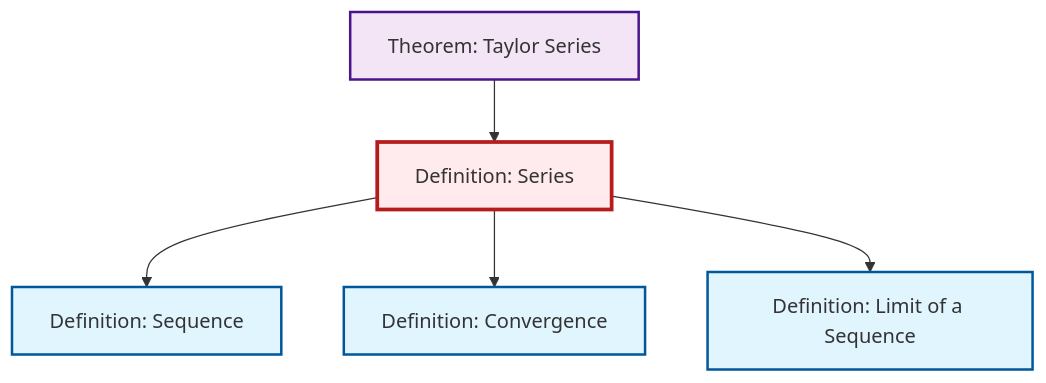
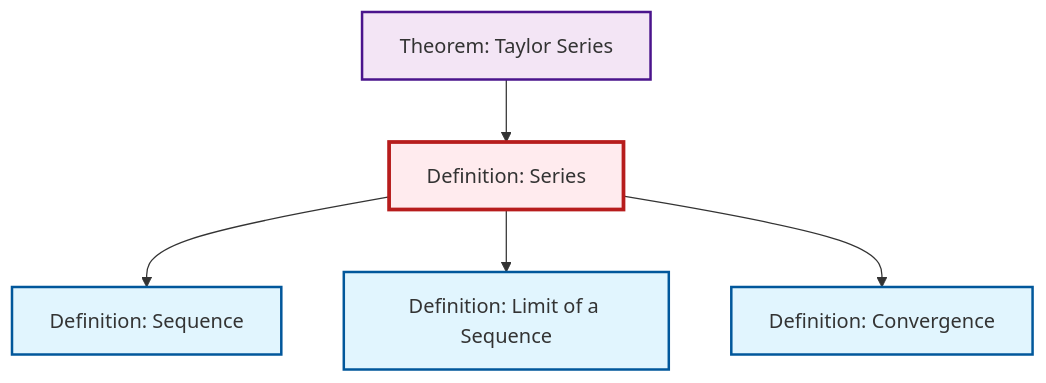
Before and after one commit to RK0429/ModernMath: the diagram in content/ja/analysis/def-series.qmd, drawn with Mermaid. The commit also changed other lines of this file and 634 other files, not shown here.

````diff
--- a/content/ja/analysis/def-series.qmd
+++ b/content/ja/analysis/def-series.qmd
@@ -91,23 +91,23 @@
 ```{mermaid}
 %%| fig-cap: "Local dependency graph"
 graph TD
     classDef definition fill:#e1f5fe,stroke:#01579b,stroke-width:2px
     classDef theorem fill:#f3e5f5,stroke:#4a148c,stroke-width:2px
     classDef axiom fill:#fff3e0,stroke:#e65100,stroke-width:2px
     classDef example fill:#e8f5e9,stroke:#1b5e20,stroke-width:2px
     classDef current fill:#ffebee,stroke:#b71c1c,stroke-width:3px
     def-convergence["Definition: Convergence"]:::definition
-    thm-taylor-series["Theorem: Taylor Series"]:::theorem
     def-sequence["Definition: Sequence"]:::definition
     def-series["Definition: Series"]:::definition
     def-limit["Definition: Limit of a Sequence"]:::definition
+    thm-taylor-series["Theorem: Taylor Series"]:::theorem
+    def-series --> def-sequence
     thm-taylor-series --> def-series
-    def-series --> def-sequence
+    def-series --> def-limit
     def-series --> def-convergence
-    def-series --> def-limit
     class def-series current
     click def-convergence "def-convergence.html" "Definition: Convergenceへ"
-    click thm-taylor-series "thm-taylor-series.html" "Theorem: Taylor Seriesへ"
     click def-sequence "def-sequence.html" "Definition: Sequenceへ"
     click def-limit "def-limit.html" "Definition: Limit of a Sequenceへ"
+    click thm-taylor-series "thm-taylor-series.html" "Theorem: Taylor Seriesへ"
 ```
````
